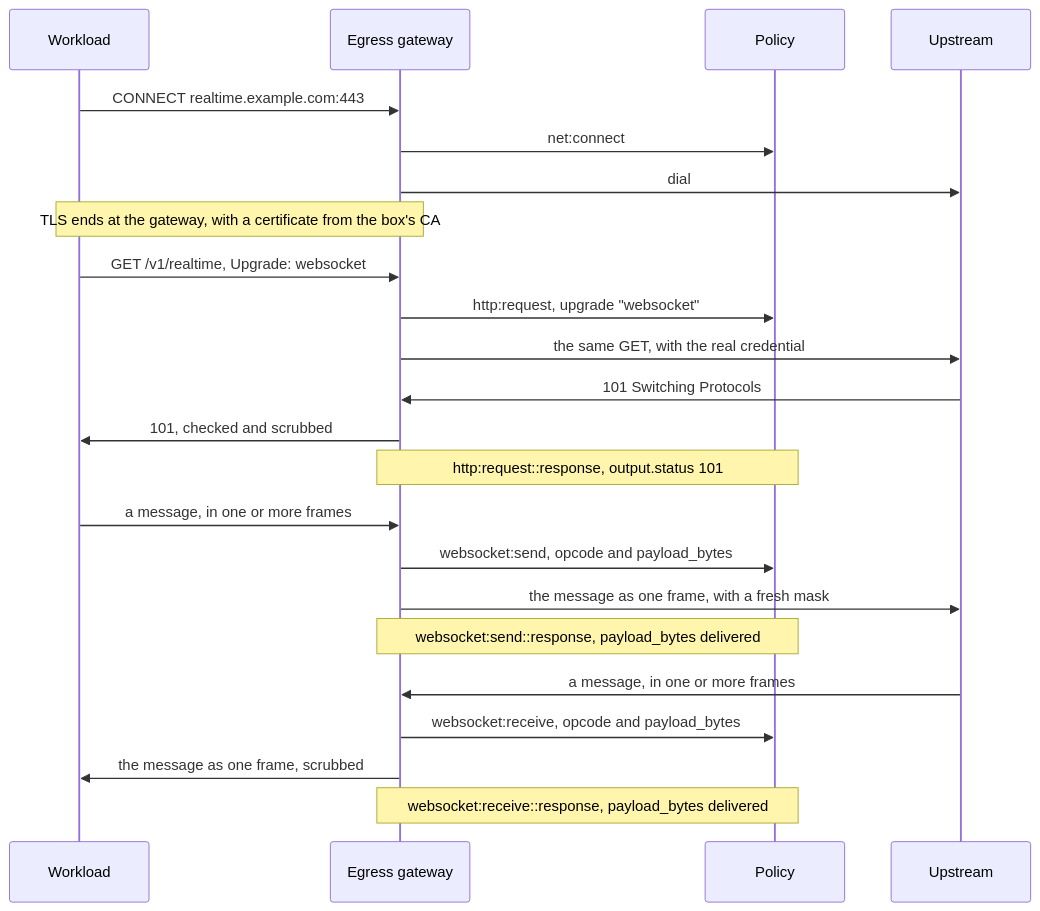
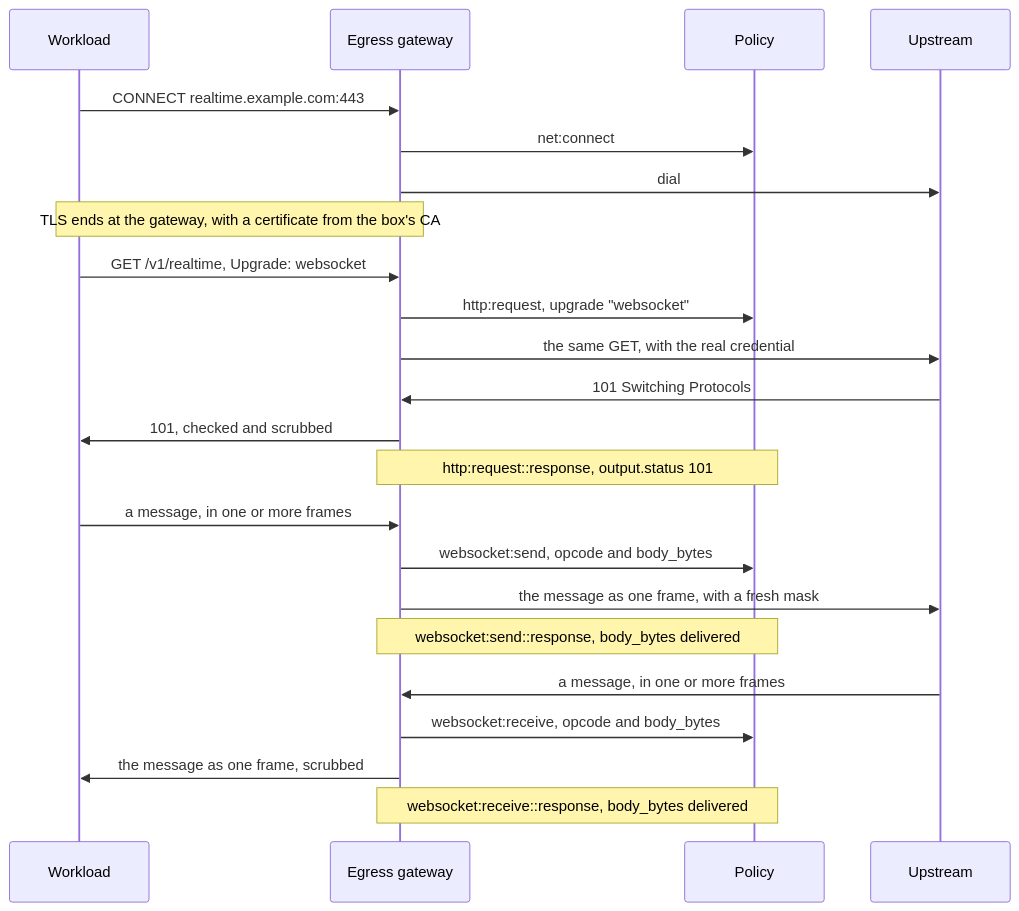
One commit to strands-agents/box changed the first of 2 diagrams in team/designs/0007-egress-websocket.md. Above: the diagram before and after it, drawn with Mermaid. The commit also changed other lines of this file, not shown here.

Commit message:
docs: name the WebSocket size field body_bytes, as on http:request, and simplify the prose

````diff
--- a/team/designs/0007-egress-websocket.md
+++ b/team/designs/0007-egress-websocket.md
@@ -30,25 +36,25 @@
 ```mermaid
 sequenceDiagram
     participant W as Workload
     participant G as Egress gateway
     participant P as Policy
     participant U as Upstream
     W->>G: CONNECT realtime.example.com:443
     G->>P: net:connect
     G->>U: dial
     Note over W,G: TLS ends at the gateway, with a certificate from the box's CA
     W->>G: GET /v1/realtime, Upgrade: websocket
     G->>P: http:request, upgrade "websocket"
     G->>U: the same GET, with the real credential
     U->>G: 101 Switching Protocols
     G->>W: 101, checked and scrubbed
     Note over G,P: http:request::response, output.status 101
     W->>G: a message, in one or more frames
-    G->>P: websocket:send, opcode and payload_bytes
+    G->>P: websocket:send, opcode and body_bytes
     G->>U: the message as one frame, with a fresh mask
-    Note over G,P: websocket:send::response, payload_bytes delivered
+    Note over G,P: websocket:send::response, body_bytes delivered
     U->>G: a message, in one or more frames
-    G->>P: websocket:receive, opcode and payload_bytes
+    G->>P: websocket:receive, opcode and body_bytes
     G->>W: the message as one frame, scrubbed
-    Note over G,P: websocket:receive::response, payload_bytes delivered
+    Note over G,P: websocket:receive::response, body_bytes delivered
 ```
````
